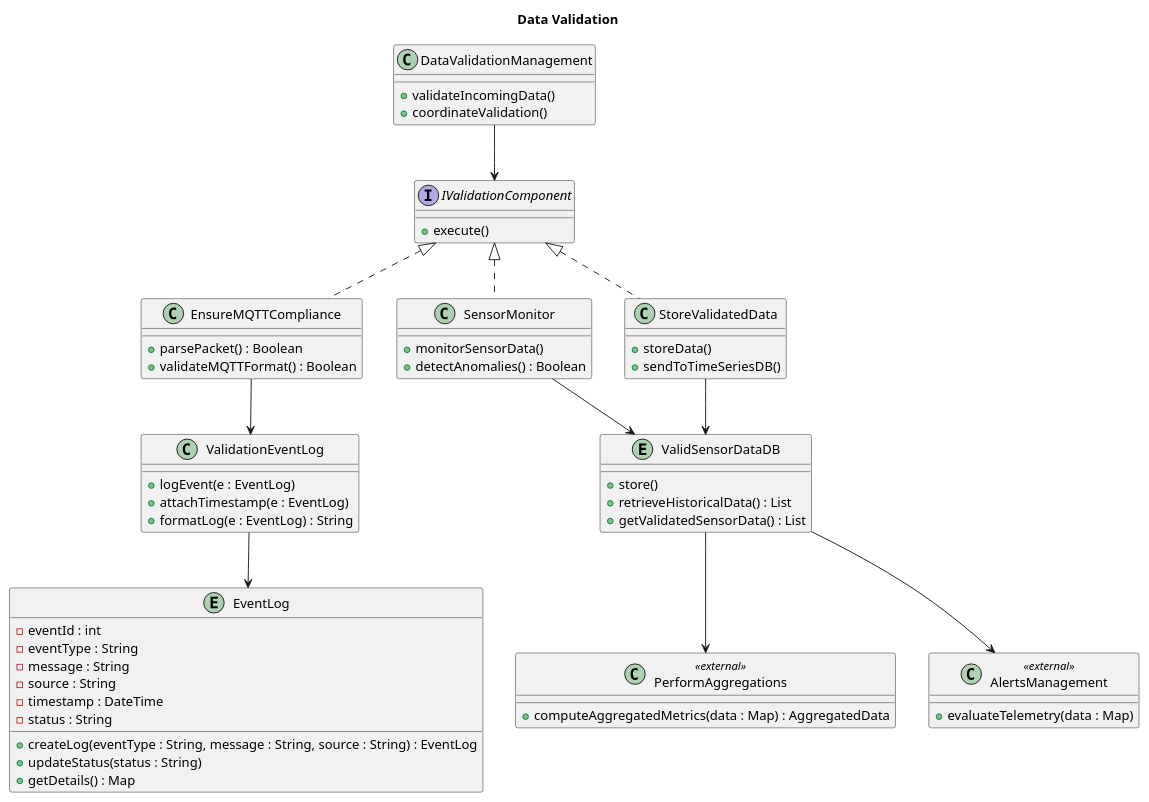
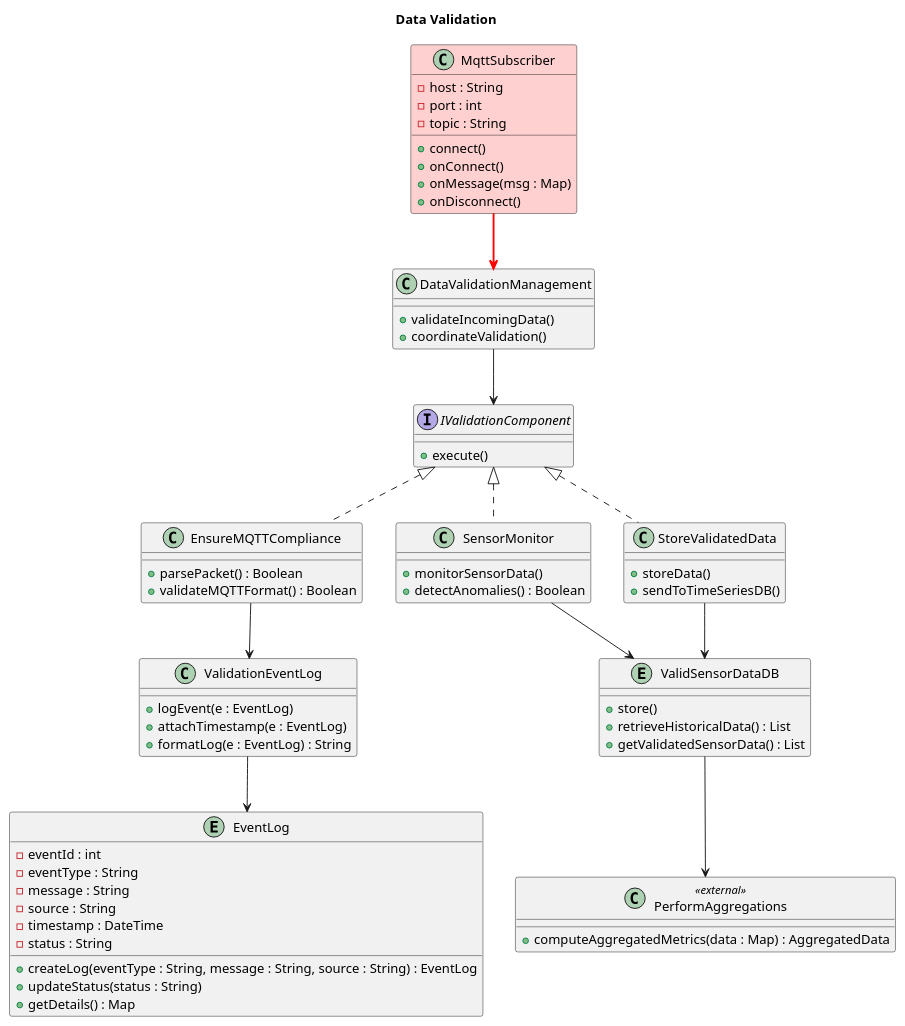
One commit to harmanpreet-sagar/SFWRENG-3A04-Group6-T01 changed the diagram in docs/diagrams/plantuml/class/DataValidation.puml. Above: the diagram before and after it, drawn with PlantUML. The commit also changed 10 other files, not shown here.

Commit message:
update uml diagrams, compiled uml diagrams, and d3 report

```diff
--- a/docs/diagrams/plantuml/class/DataValidation.puml
+++ b/docs/diagrams/plantuml/class/DataValidation.puml
@@ -1,77 +1,87 @@
 @startuml DataValidation_ClassDiagram
 title Data Validation
 
 ' ─── External stubs ──────────────────────────────────────────
-' ValidSensorDataDB is consumed by Aggregation and Alerts
+' ValidSensorDataDB is consumed by Aggregation
 class PerformAggregations <<external>> {
   +computeAggregatedMetrics(data : Map) : AggregatedData
 }
 
-class AlertsManagement <<external>> {
-  +evaluateTelemetry(data : Map)
+' ─── Own classes ─────────────────────────────────────────────
+' NEW — maps to mqtt_subscriber.py.
+' Connects to Mosquitto over TLS, subscribes to scemas/sensors/#,
+' and hands each decoded JSON payload to DataValidationManagement.
+class MqttSubscriber #FFD0D0 {
+  -host : String
+  -port : int
+  -topic : String
+  +connect()
+  +onConnect()
+  +onMessage(msg : Map)
+  +onDisconnect()
 }
 
-' ─── Own classes ─────────────────────────────────────────────
 interface IValidationComponent {
   +execute()
 }
 
 class DataValidationManagement {
   +validateIncomingData()
   +coordinateValidation()
 }
 
 class EnsureMQTTCompliance {
   +parsePacket() : Boolean
   +validateMQTTFormat() : Boolean
 }
 
 class SensorMonitor {
   +monitorSensorData()
   +detectAnomalies() : Boolean
 }
 
 class StoreValidatedData {
   +storeData()
   +sendToTimeSeriesDB()
 }
 
 class ValidationEventLog {
   +logEvent(e : EventLog)
   +attachTimestamp(e : EventLog)
   +formatLog(e : EventLog) : String
 }
 
 entity ValidSensorDataDB {
   +store()
   +retrieveHistoricalData() : List
   +getValidatedSensorData() : List
 }
 
 entity EventLog {
   -eventId : int
   -eventType : String
   -message : String
   -source : String
   -timestamp : DateTime
   -status : String
   +createLog(eventType : String, message : String, source : String) : EventLog
   +updateStatus(status : String)
   +getDetails() : Map
 }
 
 ' ─── Cross-subsystem connections ─────────────────────────────
 ValidSensorDataDB --> PerformAggregations
-ValidSensorDataDB --> AlertsManagement
 
 ' ─── Internal relationships ──────────────────────────────────
+' NEW — MqttSubscriber is the entry point for the validation pipeline
+MqttSubscriber           -[#red,bold]-> DataValidationManagement
 IValidationComponent     <|.. EnsureMQTTCompliance
 IValidationComponent     <|.. SensorMonitor
 IValidationComponent     <|.. StoreValidatedData
 DataValidationManagement --> IValidationComponent
 EnsureMQTTCompliance     --> ValidationEventLog
 SensorMonitor            --> ValidSensorDataDB
 StoreValidatedData       --> ValidSensorDataDB
 ValidationEventLog       --> EventLog
 
 @enduml
```
